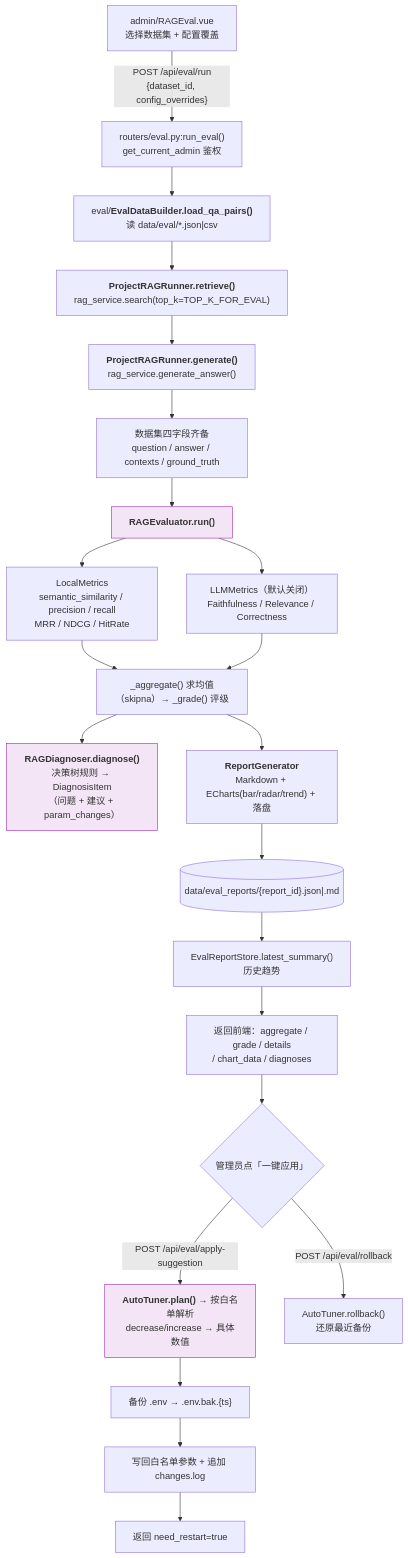
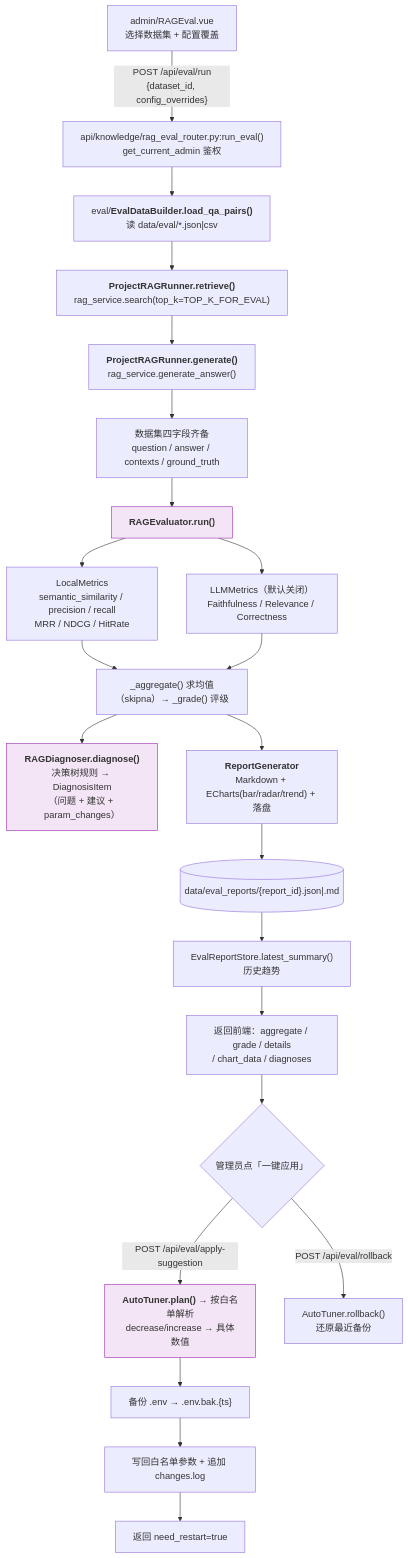
The fifth of 12 diagrams in README.md (TS-DE/college-application-process), drawn with Mermaid before and after one commit. The commit also changed other lines of this file and 1 other file, not shown here.

Commit message:
docs: 0.17.0 更新 CHANGELOG 与 README 目录结构（api/services/tests 三层）

````diff
--- a/README.md
+++ b/README.md
@@ -622,31 +658,31 @@
 ```mermaid
 graph TD
-    A["admin/RAGEval.vue<br/>选择数据集 + 配置覆盖"] -->|"POST /api/eval/run<br/>{dataset_id, config_overrides}"| B["routers/eval.py:run_eval()<br/>get_current_admin 鉴权"]
+    A["admin/RAGEval.vue<br/>选择数据集 + 配置覆盖"] -->|"POST /api/eval/run<br/>{dataset_id, config_overrides}"| B["api/knowledge/rag_eval_router.py:run_eval()<br/>get_current_admin 鉴权"]
     B --> C["eval/<b>EvalDataBuilder.load_qa_pairs()</b><br/>读 data/eval/*.json|csv"]
     C --> D["<b>ProjectRAGRunner.retrieve()</b><br/>rag_service.search(top_k=TOP_K_FOR_EVAL)"]
     D --> E["<b>ProjectRAGRunner.generate()</b><br/>rag_service.generate_answer()"]
     E --> F["数据集四字段齐备<br/>question / answer / contexts / ground_truth"]
     F --> G["<b>RAGEvaluator.run()</b>"]
 
     G --> G1["LocalMetrics<br/>semantic_similarity / precision / recall<br/>MRR / NDCG / HitRate"]
     G --> G2["LLMMetrics（默认关闭）<br/>Faithfulness / Relevance / Correctness"]
     G1 --> H["_aggregate() 求均值（skipna）→ _grade() 评级"]
     G2 --> H
 
     H --> I["<b>RAGDiagnoser.diagnose()</b><br/>决策树规则 → DiagnosisItem<br/>（问题 + 建议 + param_changes）"]
     H --> J["<b>ReportGenerator</b><br/>Markdown + ECharts(bar/radar/trend) + 落盘"]
     J --> K[("data/eval_reports/{report_id}.json|.md")]
     K --> L["EvalReportStore.latest_summary()<br/>历史趋势"]
     L --> M["返回前端：aggregate / grade / details<br/>/ chart_data / diagnoses"]
 
     M --> N{"管理员点「一键应用」"}
     N -->|"POST /api/eval/apply-suggestion"| O["<b>AutoTuner.plan()</b> → 按白名单解析<br/>decrease/increase → 具体数值"]
     O --> P["备份 .env → .env.bak.{ts}"]
     P --> Q["写回白名单参数 + 追加 changes.log"]
     Q --> R["返回 need_restart=true"]
     N -->|"POST /api/eval/rollback"| S["AutoTuner.rollback()<br/>还原最近备份"]
 
     style G fill:#f3e5f5,stroke:#9c27b0
     style I fill:#f3e5f5,stroke:#9c27b0
     style O fill:#f3e5f5,stroke:#9c27b0
 ```
````
